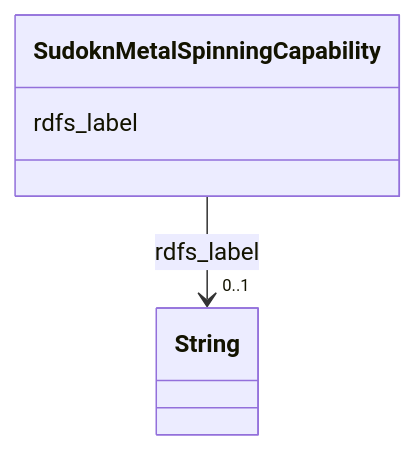
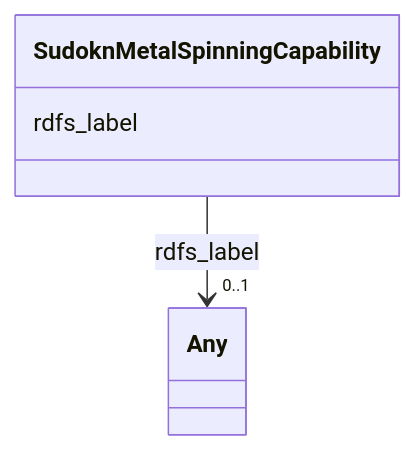
One commit to frink-okn/graph-descriptions changed the diagram in sudokn-kg/classes/SudoknMetalSpinningCapability.md. Above: the diagram before and after it, drawn with Mermaid. The commit also changed other lines of this file and 903 other files, not shown here.

````diff
--- a/sudokn-kg/classes/SudoknMetalSpinningCapability.md
+++ b/sudokn-kg/classes/SudoknMetalSpinningCapability.md
@@ -23,15 +18,15 @@
 ```mermaid
  classDiagram
     class SudoknMetalSpinningCapability
     click SudoknMetalSpinningCapability href "../SudoknMetalSpinningCapability"
       SudoknMetalSpinningCapability : rdfs_label
         
           
     
     
-    SudoknMetalSpinningCapability --> "0..1" String : rdfs_label
-    click String href "../String"
+    SudoknMetalSpinningCapability --> "0..1" Any : rdfs_label
+    click Any href "../Any"
 
         
       
 ```
````
